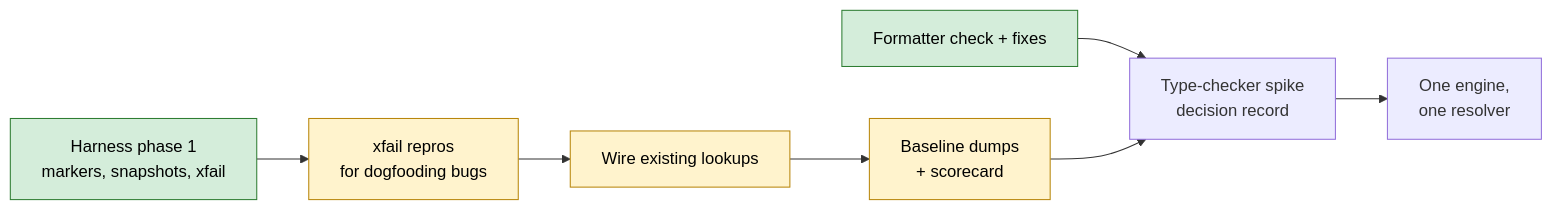
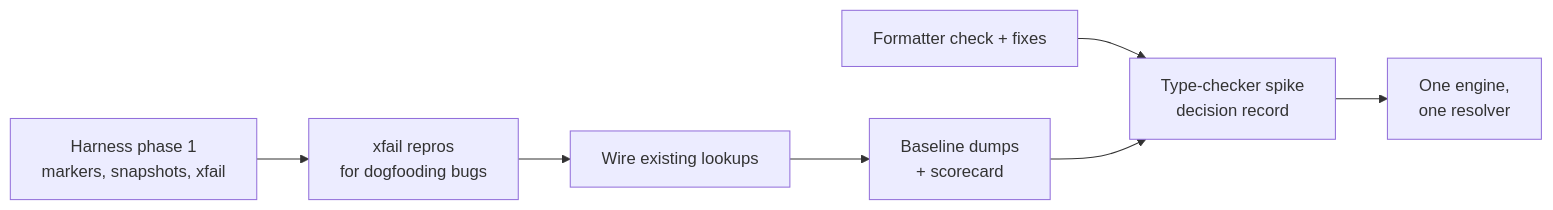
The diagram in docs/north-star.md (albertocavalcante/gvy), drawn with Mermaid before and after one commit. The commit also changed other lines of this file and 1 other file, not shown here.

````diff
--- a/docs/north-star.md
+++ b/docs/north-star.md
@@ -54,13 +54,9 @@
 ```mermaid
 flowchart LR
   H1[Harness phase 1<br/>markers, snapshots, xfail] --> R[xfail repros<br/>for dogfooding bugs]
   F[Formatter check + fixes] --> S
   R --> W[Wire existing lookups]
   W --> D[Baseline dumps<br/>+ scorecard]
   D --> S[Type-checker spike<br/>decision record]
   S --> E[One engine,<br/>one resolver]
-  classDef now fill:#d4edda,stroke:#2e7d32,color:#000
-  classDef next fill:#fff3cd,stroke:#b8860b,color:#000
-  class H1,F now
-  class R,W,D next
 ```
````
